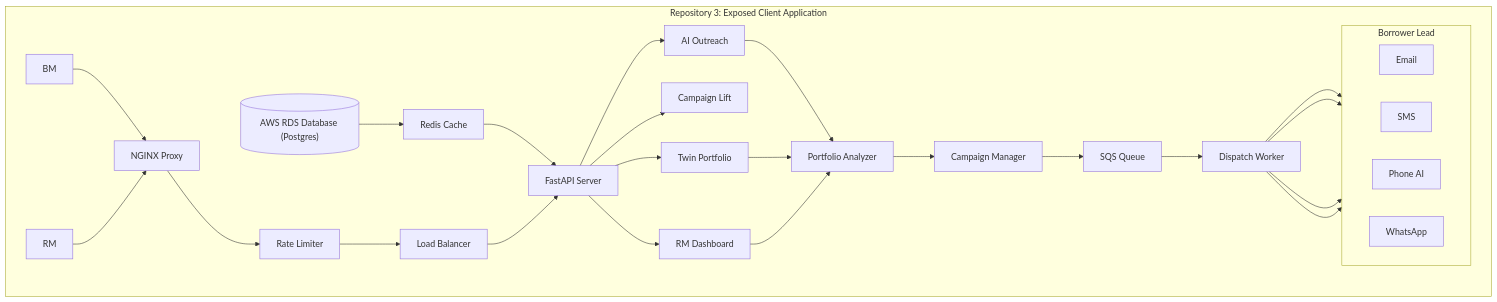
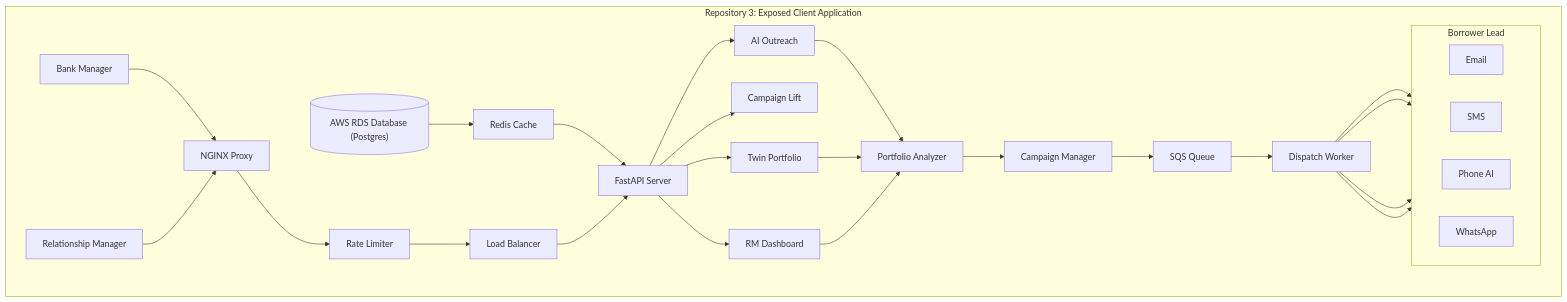
One commit to chiraghs/Alpha-Fin changed the third of 3 diagrams in README.md. Above: the diagram before and after it, drawn with Mermaid.

Commit message:
feat: Analytics support

````diff
--- a/README.md
+++ b/README.md
@@ -185,49 +185,49 @@
 ```mermaid
 graph TD
     %% REPOSITORY 3: EXPOSED CLIENT APPLICATION (Vertical Symmetrical Pyramid - Compact)
     subgraph Repo3 ["Repository 3: Exposed Client Application"]
-        User["RM"] --> NGINX["NGINX Proxy"]
-        BM["BM"] --> NGINX
+        User["Relationship Manager"] --> NGINX["NGINX Proxy"]
+        BM["Bank Manager"] --> NGINX
         NGINX --> Limits["Rate Limiter"]
         Limits --> LB["Load Balancer"]
         LB --> AppServer["FastAPI Server"]
         
         %% Database lookup path (vertical downwards)
         RDS3[("AWS RDS Database (Postgres)")] --> Redis["Redis Cache"]
         Redis --> AppServer
         
         %% FastAPI App Server branches out directly to Client presentation views
         AppServer --> UI["RM Dashboard"]
         AppServer --> ABDDashboard["Campaign Lift"]
         AppServer --> TwinAnalyzer["Twin Portfolio"]
         AppServer --> Outreach["AI Outreach"]
         
         %% Keep ABDDashboard to the left side of the presentation layer
         NGINX ~~~ ABDDashboard
         
         %% Flow after client services
         UI --> Portfolio["Portfolio Analyzer"]
         TwinAnalyzer --> Portfolio
         Outreach --> Portfolio
         
         Portfolio --> Campaign["Campaign Manager"]
         Campaign --> SQS["SQS Queue"]
         
         SQS --> Worker["Dispatch Worker"]
         
         %% Dispatch branches grouped in Borrower Lead (Horizontal layout inside vertical stack)
         subgraph Borrower ["Borrower Lead"]
             direction LR
             Email["Email"]
             SMS["SMS"]
             Phone["Phone AI"]
             WhatsApp["WhatsApp"]
         end
         
         Worker --> Email
         Worker --> SMS
         Worker --> Phone
         Worker --> WhatsApp
     end
 
 ```
````
